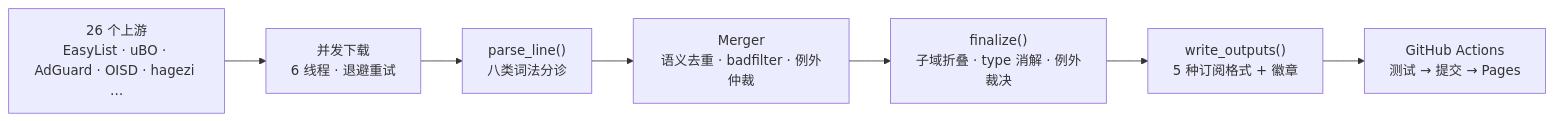
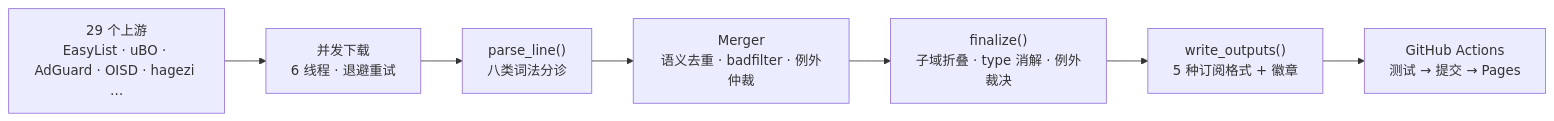
One commit to wansheng8/LJGZ changed the diagram in README.md. Above: the diagram before and after it, drawn with Mermaid. The commit also changed other lines of this file and 17 other files, not shown here.

````diff
--- a/README.md
+++ b/README.md
@@ -51,12 +51,12 @@
 ```mermaid
 flowchart LR
-    A["26 个上游<br/>EasyList · uBO · AdGuard · OISD · hagezi …"]
+    A["29 个上游<br/>EasyList · uBO · AdGuard · OISD · hagezi …"]
     B["并发下载<br/>6 线程 · 退避重试"]
     C["parse_line()<br/>八类词法分诊"]
     D["Merger<br/>语义去重 · badfilter · 例外仲裁"]
     E["finalize()<br/>子域折叠 · type 消解 · 例外裁决"]
     F["write_outputs()<br/>5 种订阅格式 + 徽章"]
     G["GitHub Actions<br/>测试 → 提交 → Pages"]
 
     A --> B --> C --> D --> E --> F --> G
 ```
````
